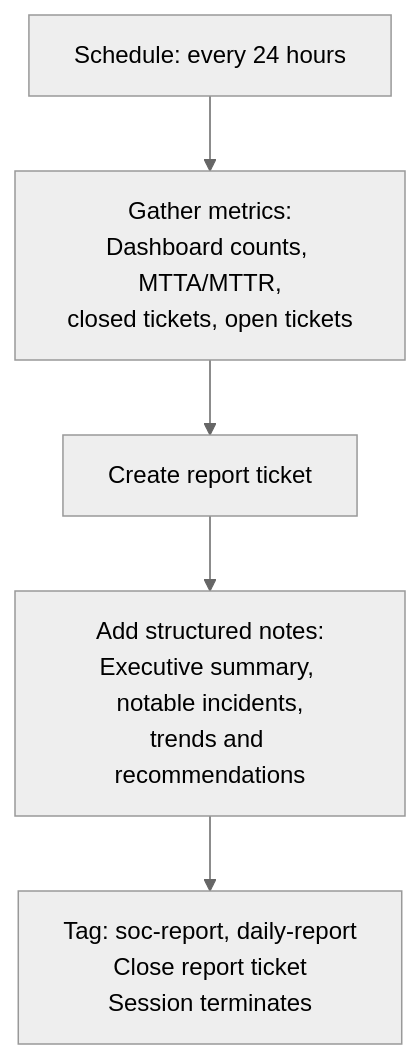
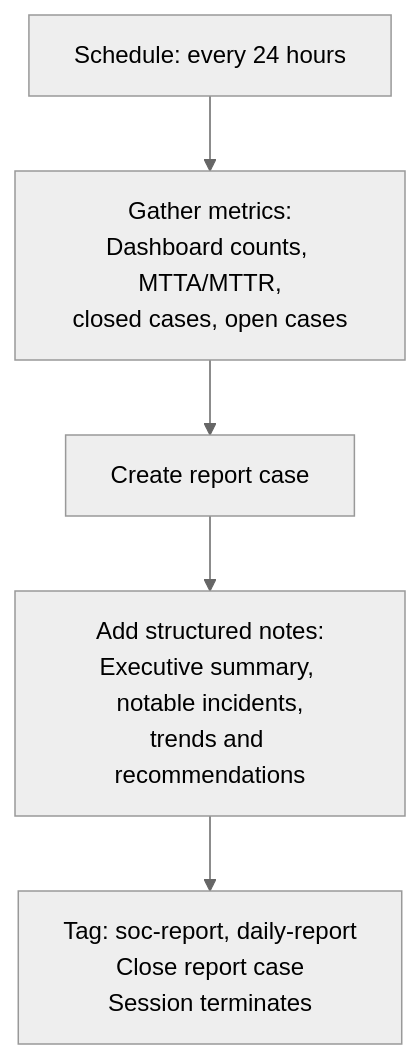
One commit to refractionPOINT/lc-ai changed the diagram in lc-soc/tiered-soc/shift-reporter/README.md. Above: the diagram before and after it, drawn with Mermaid (neutral theme). The commit also changed other lines of this file and 74 other files, not shown here.

First line of the commit message:
Rename ticket→case in AI agent configs

````diff
--- a/lc-soc/tiered-soc/shift-reporter/README.md
+++ b/lc-soc/tiered-soc/shift-reporter/README.md
@@ -7,7 +7,7 @@
 ```mermaid
 flowchart TD
-    trigger["Schedule: every 24 hours"] --> gather["Gather metrics:<br/>Dashboard counts, MTTA/MTTR,<br/>closed tickets, open tickets"]
-    gather --> create[Create report ticket]
+    trigger["Schedule: every 24 hours"] --> gather["Gather metrics:<br/>Dashboard counts, MTTA/MTTR,<br/>closed cases, open cases"]
+    gather --> create[Create report case]
     create --> notes["Add structured notes:<br/>Executive summary, notable incidents,<br/>trends and recommendations"]
-    notes --> done["Tag: soc-report, daily-report<br/>Close report ticket<br/>Session terminates"]
+    notes --> done["Tag: soc-report, daily-report<br/>Close report case<br/>Session terminates"]
 ```
````
